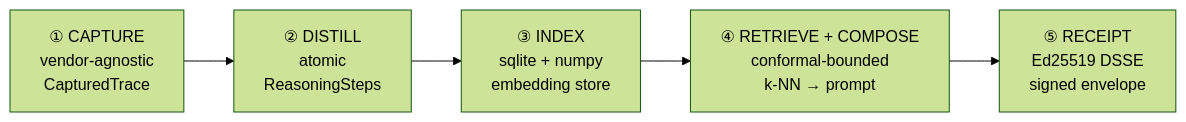
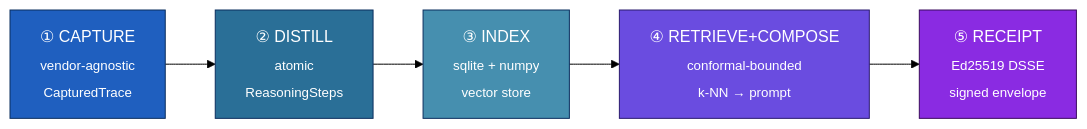
One commit to Oz4462/ANAMNESIS changed the diagram in README.md. Above: the diagram before and after it, drawn with Mermaid (forest theme). The commit also changed other lines of this file, not shown here.

````diff
--- a/README.md
+++ b/README.md
@@ -43,7 +87,12 @@
 ```mermaid
 flowchart LR
-    A["① CAPTURE<br/>vendor-agnostic<br/>CapturedTrace"] --> B["② DISTILL<br/>atomic<br/>ReasoningSteps"]
-    B --> C["③ INDEX<br/>sqlite + numpy<br/>embedding store"]
-    C --> D["④ RETRIEVE + COMPOSE<br/>conformal-bounded<br/>k-NN → prompt"]
-    D --> E["⑤ RECEIPT<br/>Ed25519 DSSE<br/>signed envelope"]
+    A["① CAPTURE<br/><sub>vendor-agnostic<br/>CapturedTrace</sub>"] --> B["② DISTILL<br/><sub>atomic<br/>ReasoningSteps</sub>"]
+    B --> C["③ INDEX<br/><sub>sqlite + numpy<br/>vector store</sub>"]
+    C --> D["④ RETRIEVE+COMPOSE<br/><sub>conformal-bounded<br/>k-NN → prompt</sub>"]
+    D --> E["⑤ RECEIPT<br/><sub>Ed25519 DSSE<br/>signed envelope</sub>"]
+    style A fill:#1f5fbf,color:#fff,stroke:#0b2e5e
+    style B fill:#2a6f97,color:#fff,stroke:#0b2e5e
+    style C fill:#468faf,color:#fff,stroke:#0b2e5e
+    style D fill:#6a4ce0,color:#fff,stroke:#2a1a6e
+    style E fill:#8a2be2,color:#fff,stroke:#3a0a5e
 ```
````
